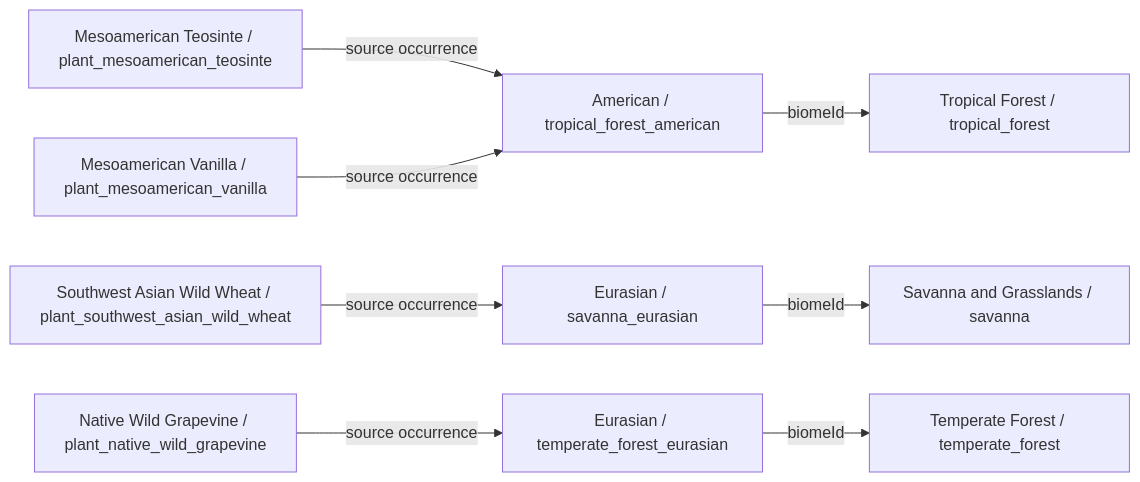
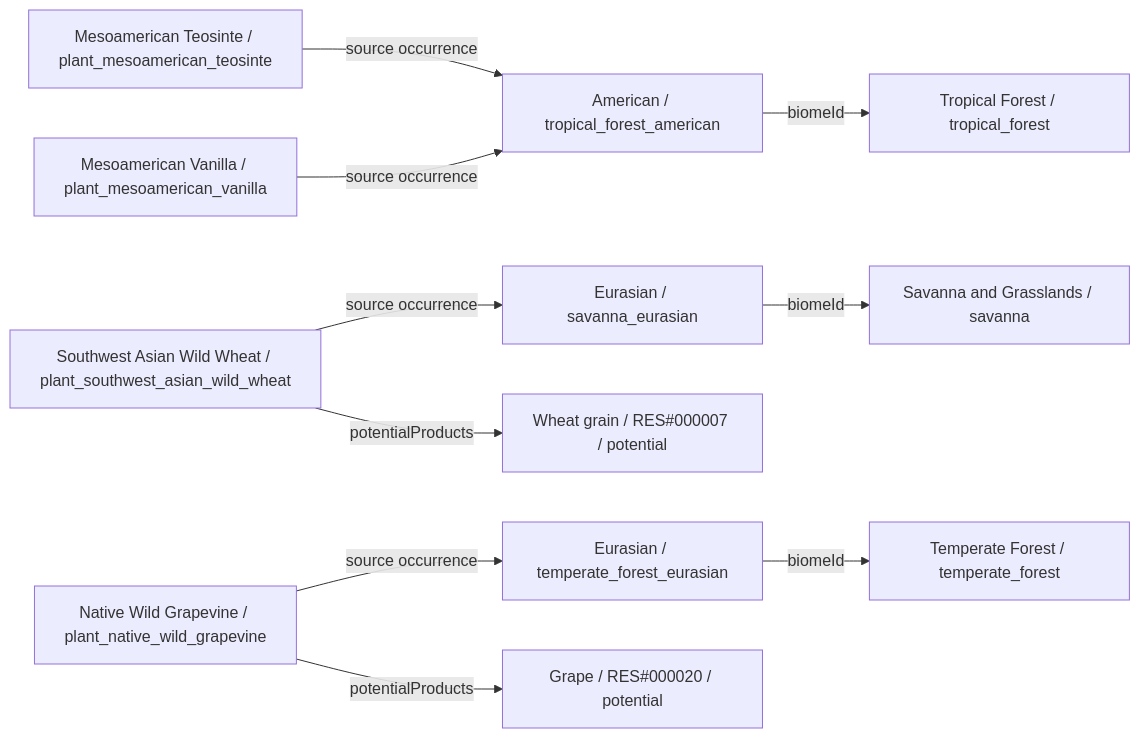
One commit to fgabo404/EvolveDoc changed diagram 31 of 39 in data/plants/DIAGRAMS.md. Above: the diagram before and after it, drawn with Mermaid. The commit also changed other lines of this file and 50 other files, not shown here.

````diff
--- a/data/plants/DIAGRAMS.md
+++ b/data/plants/DIAGRAMS.md
@@ -893,20 +927,24 @@
 ```mermaid
 flowchart LR
     c0["Mesoamerican Teosinte / plant_mesoamerican_teosinte"]
     v0["American / tropical_forest_american"]
     b0["Tropical Forest / tropical_forest"]
     c1["Southwest Asian Wild Wheat / plant_southwest_asian_wild_wheat"]
     v13["Eurasian / savanna_eurasian"]
     b3["Savanna and Grasslands / savanna"]
+    o1_0["Wheat grain / RES#000007 / potential"]
     c2["Mesoamerican Vanilla / plant_mesoamerican_vanilla"]
     c3["Native Wild Grapevine / plant_native_wild_grapevine"]
     v4["Eurasian / temperate_forest_eurasian"]
     b1["Temperate Forest / temperate_forest"]
+    o3_0["Grape / RES#000020 / potential"]
     c0 -->|source occurrence| v0
+    c1 -->|potentialProducts| o1_0
     c1 -->|source occurrence| v13
     c2 -->|source occurrence| v0
+    c3 -->|potentialProducts| o3_0
     c3 -->|source occurrence| v4
     v0 -->|biomeId| b0
     v13 -->|biomeId| b3
     v4 -->|biomeId| b1
 ```
````
